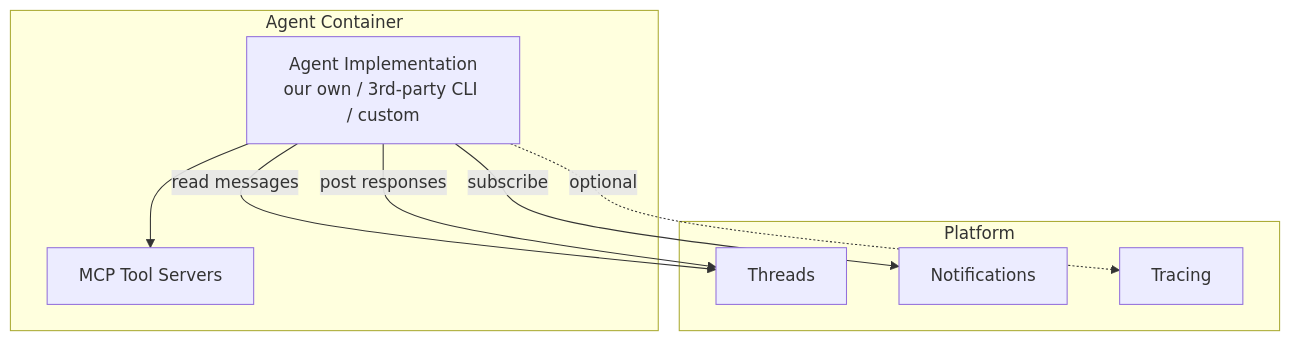
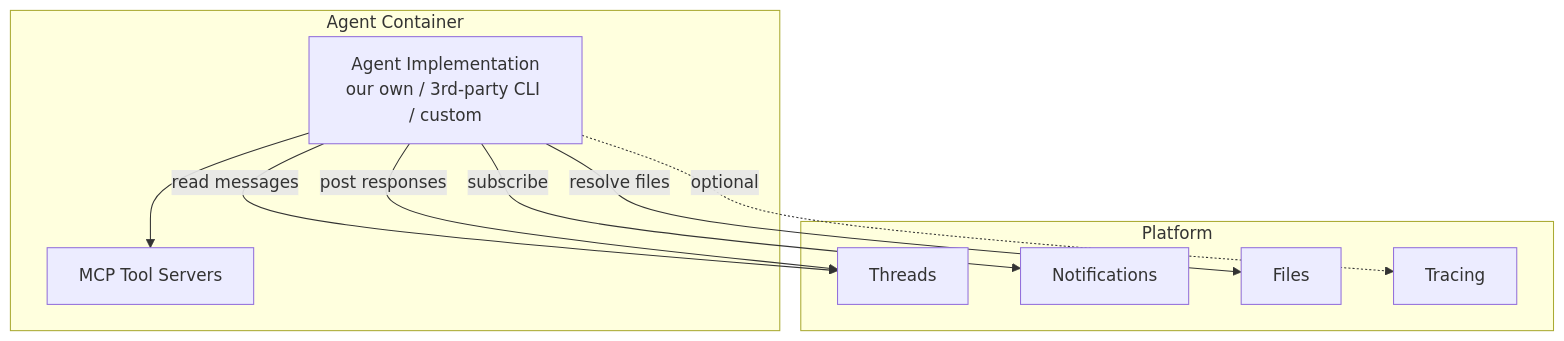
The first of 4 diagrams in architecture/agent/overview.md (agynio/architecture), drawn with Mermaid before and after one commit. The commit also changed other lines of this file and 5 other files, not shown here.

````diff
--- a/architecture/agent/overview.md
+++ b/architecture/agent/overview.md
@@ -13,19 +13,21 @@
 ```mermaid
 graph TB
     subgraph "Agent Container"
         Impl[Agent Implementation<br/>our own / 3rd-party CLI / custom]
         MCP[MCP Tool Servers]
         Impl --> MCP
     end
 
     subgraph Platform
         Threads
         Notifications
+        Files
         Tracing
     end
 
     Impl -->|read messages| Threads
     Impl -->|post responses| Threads
+    Impl -->|resolve files| Files
     Impl -->|subscribe| Notifications
     Impl -.->|optional| Tracing
 ```
````
